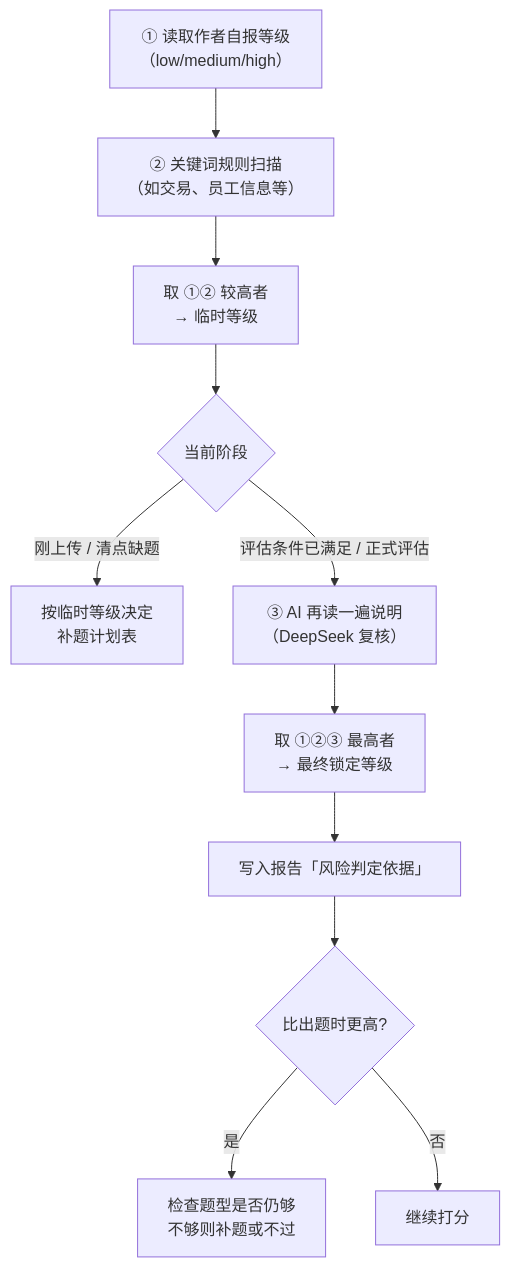
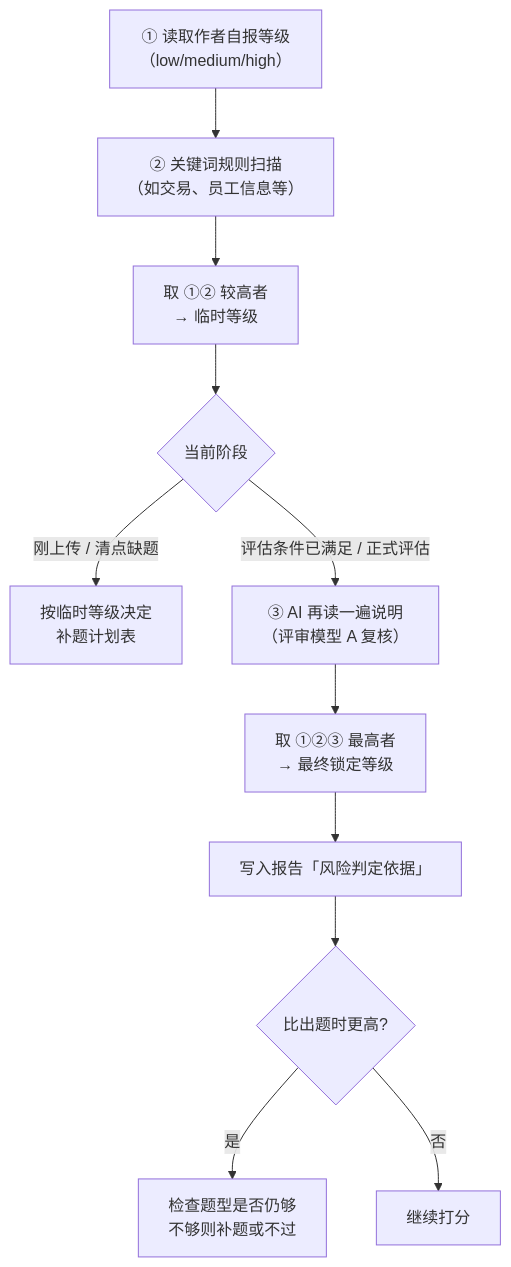
One commit to NathanZhou1225/Skillhub_eval changed the fourth of 10 diagrams in docs/guides/Skill评估系统全景说明.md. Above: the diagram before and after it, drawn with Mermaid. The commit also changed other lines of this file and 5 other files, not shown here.

````diff
--- a/docs/guides/Skill评估系统全景说明.md
+++ b/docs/guides/Skill评估系统全景说明.md
@@ -278,13 +278,13 @@
 ```mermaid
 flowchart TD
     A["① 读取作者自报等级\n（low/medium/high）"] --> B["② 关键词规则扫描\n（如交易、员工信息等）"]
     B --> C["取 ①② 较高者\n→ 临时等级"]
     C --> D{"当前阶段"}
     D -->|"刚上传 / 清点缺题"| E["按临时等级决定\n补题计划表"]
-    D -->|"评估条件已满足 / 正式评估"| F["③ AI 再读一遍说明\n（DeepSeek 复核）"]
+    D -->|"评估条件已满足 / 正式评估"| F["③ AI 再读一遍说明\n（评审模型 A 复核）"]
     F --> G["取 ①②③ 最高者\n→ 最终锁定等级"]
     G --> H["写入报告「风险判定依据」"]
     H --> I{"比出题时更高?"}
     I -->|"是"| J["检查题型是否仍够\n不够则补题或不过"]
     I -->|"否"| K["继续打分"]
 ```
````
